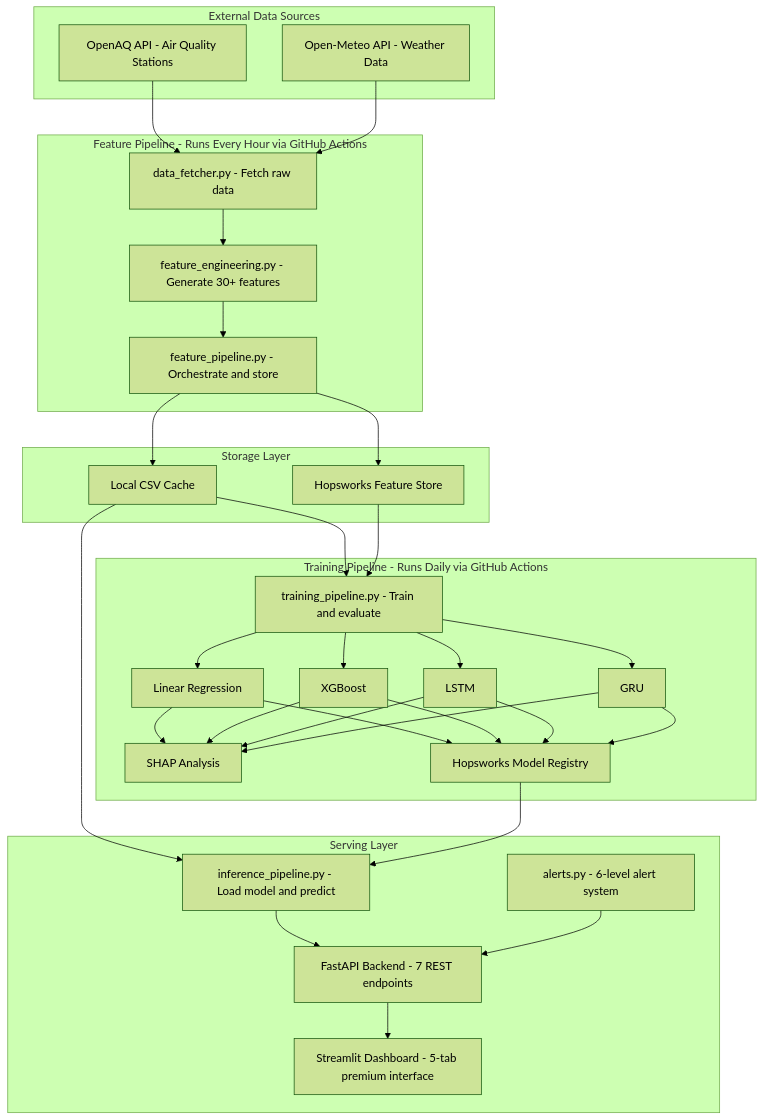
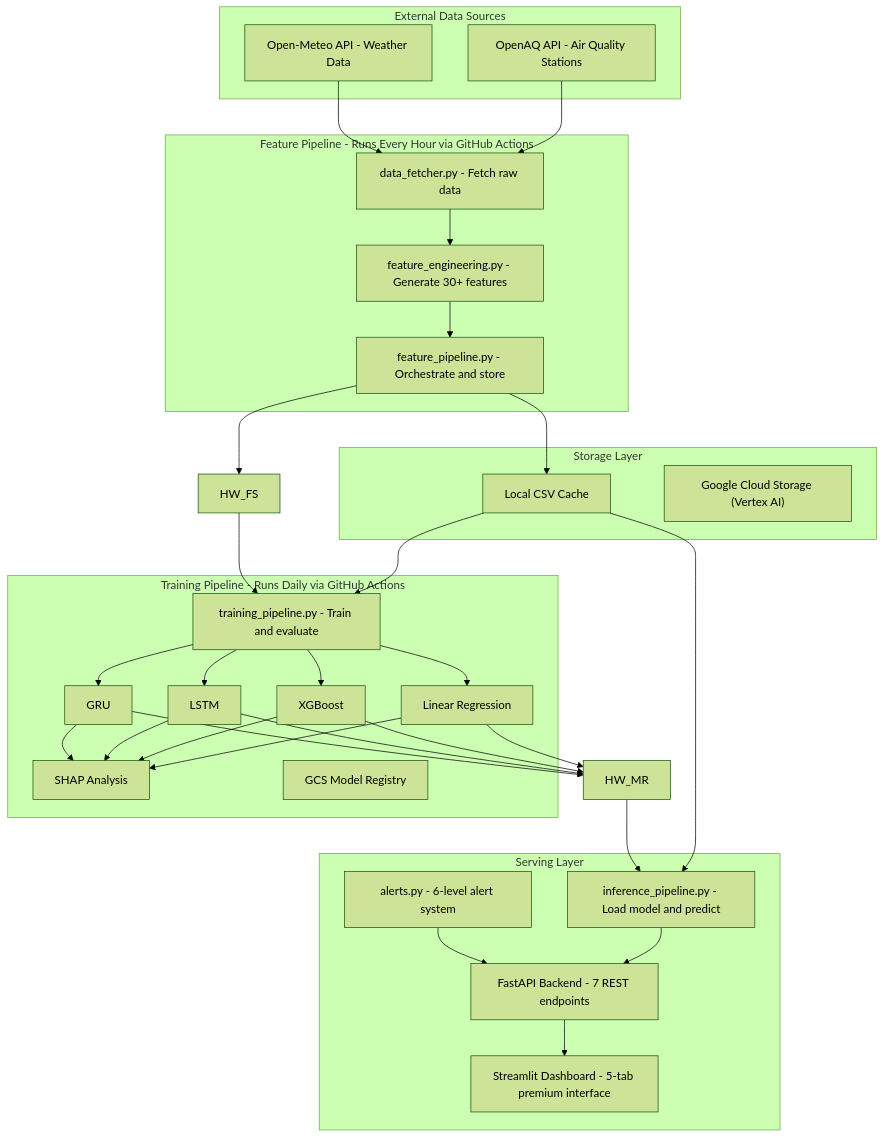
One commit to eeshhwaq/As-clear-as-pearl changed the diagram in documentation/DOCUMENTATION.md. Above: the diagram before and after it, drawn with Mermaid (forest theme). The commit also changed other lines of this file and 15 other files, not shown here.

````diff
--- a/documentation/DOCUMENTATION.md
+++ b/documentation/DOCUMENTATION.md
@@ -86,51 +86,51 @@
 ```mermaid
 graph TB
     subgraph "External Data Sources"
         OAQ["OpenAQ API - Air Quality Stations"]
         OME["Open-Meteo API - Weather Data"]
     end
 
     subgraph "Feature Pipeline - Runs Every Hour via GitHub Actions"
         DF["data_fetcher.py - Fetch raw data"]
         FE["feature_engineering.py - Generate 30+ features"]
         FP["feature_pipeline.py - Orchestrate and store"]
     end
 
     subgraph "Storage Layer"
         CSV["Local CSV Cache"]
-        HW_FS["Hopsworks Feature Store"]
+        GCS_FS["Google Cloud Storage (Vertex AI)"]
     end
 
     subgraph "Training Pipeline - Runs Daily via GitHub Actions"
         TP["training_pipeline.py - Train and evaluate"]
         LR["Linear Regression"]
         XGB["XGBoost"]
         LSTM_M["LSTM"]
         GRU_M["GRU"]
         SHAP_M["SHAP Analysis"]
-        HW_MR["Hopsworks Model Registry"]
+        GCS_MR["GCS Model Registry"]
     end
 
     subgraph "Serving Layer"
         INF["inference_pipeline.py - Load model and predict"]
         API["FastAPI Backend - 7 REST endpoints"]
         ALERT["alerts.py - 6-level alert system"]
         UI["Streamlit Dashboard - 5-tab premium interface"]
     end
 
     OAQ --> DF
     OME --> DF
     DF --> FE --> FP
     FP --> CSV
     FP --> HW_FS
     CSV --> TP
     HW_FS --> TP
     TP --> LR & XGB & LSTM_M & GRU_M
     LR & XGB & LSTM_M & GRU_M --> SHAP_M
     LR & XGB & LSTM_M & GRU_M --> HW_MR
     CSV --> INF
     HW_MR --> INF
     INF --> API
     ALERT --> API
     API --> UI
 ```
````
